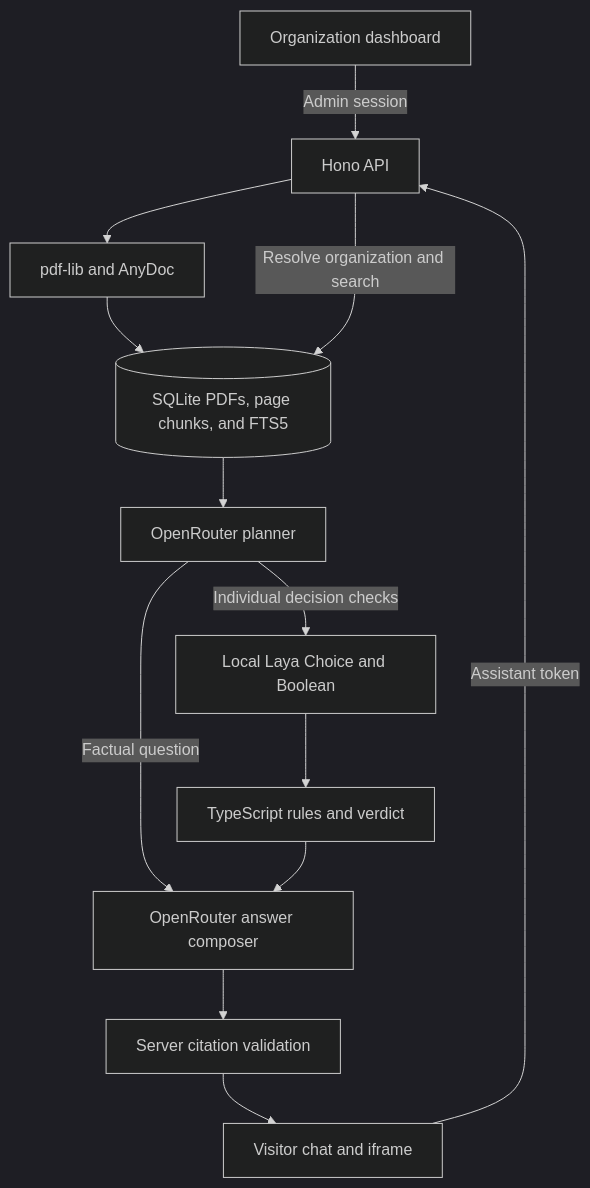
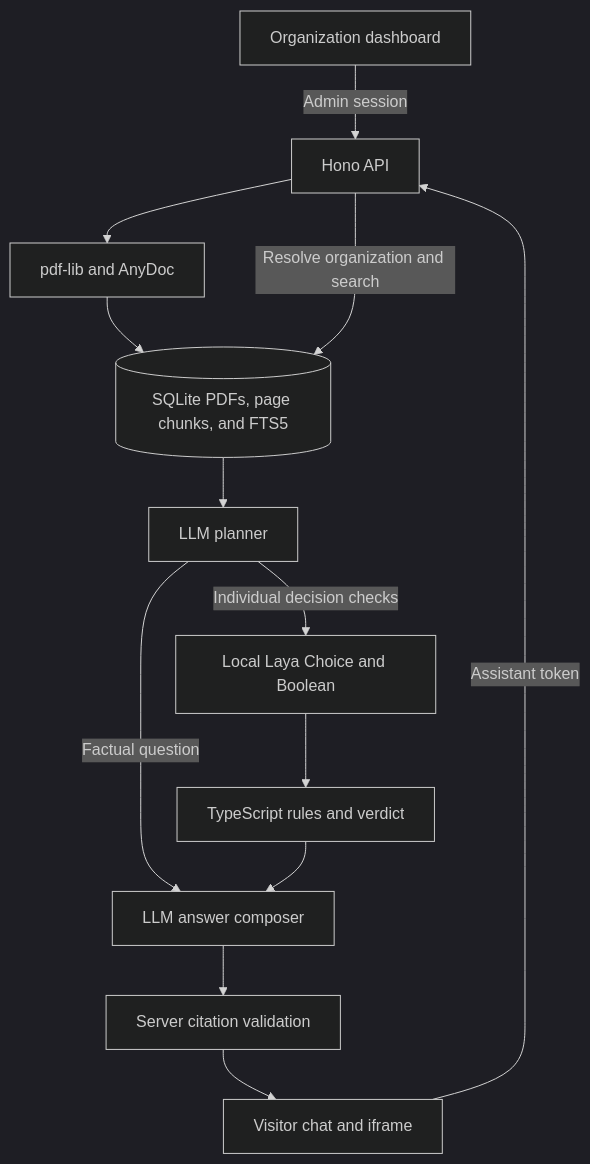
The diagram in README.md (shadmankhan/ask-cogniva), drawn with Mermaid (dark theme) before and after one commit. The commit also changed other lines of this file and 4 other files, not shown here.

````diff
--- a/README.md
+++ b/README.md
@@ -29,15 +34,15 @@
 ```mermaid
 flowchart TD
   A[Organization dashboard] -->|Admin session| B[Hono API]
   B --> C[pdf-lib and AnyDoc]
   C --> D[(SQLite PDFs, page chunks, and FTS5)]
   V[Visitor chat and iframe] -->|Assistant token| B
   B -->|Resolve organization and search| D
-  D --> P[OpenRouter planner]
+  D --> P[LLM planner]
   P -->|Individual decision checks| L[Local Laya Choice and Boolean]
   L --> R[TypeScript rules and verdict]
-  P -->|Factual question| W[OpenRouter answer composer]
+  P -->|Factual question| W[LLM answer composer]
   R --> W
   W --> S[Server citation validation]
   S --> V
 ```
````
